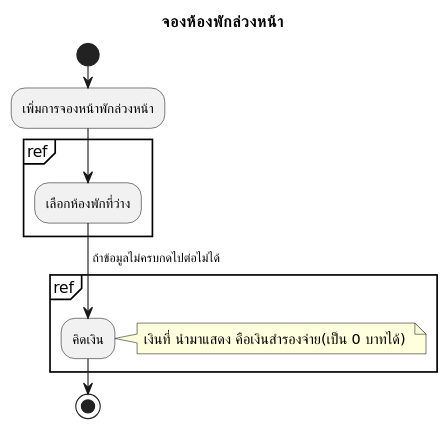
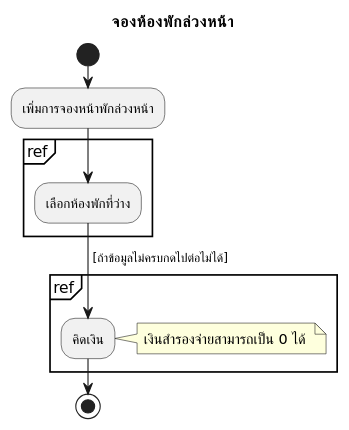
Before and after one commit to cheat13/Prompiman_Diagram: the diagram in activity-diagram/reservation/addreservation.md, drawn with PlantUML. The commit also changed 19 other files, not shown here.

```diff
--- a/activity-diagram/reservation/addreservation.md
+++ b/activity-diagram/reservation/addreservation.md
@@ -1,17 +1,17 @@
 @startuml
 title จองห้องพักล่วงหน้า
 start
 :เพิ่มการจองหน้าพักล่วงหน้า;
 
 partition ref {
 	:เลือกห้องพักที่ว่าง;
-}
--> ถ้าข้อมูลไม่ครบกดไปต่อไม่ได้;
+} 
+-> [ถ้าข้อมูลไม่ครบกดไปต่อไม่ได้]; 
 partition ref {
 	:คิดเงิน;
 }
 note right
-เงินที่  นำมาแสดง คือเงินสำรองจ่าย(เป็น 0 บาทได้) 
+เงินสำรองจ่ายสามารถเป็น 0 ได้ 
 end note
 stop
 @enduml
```
